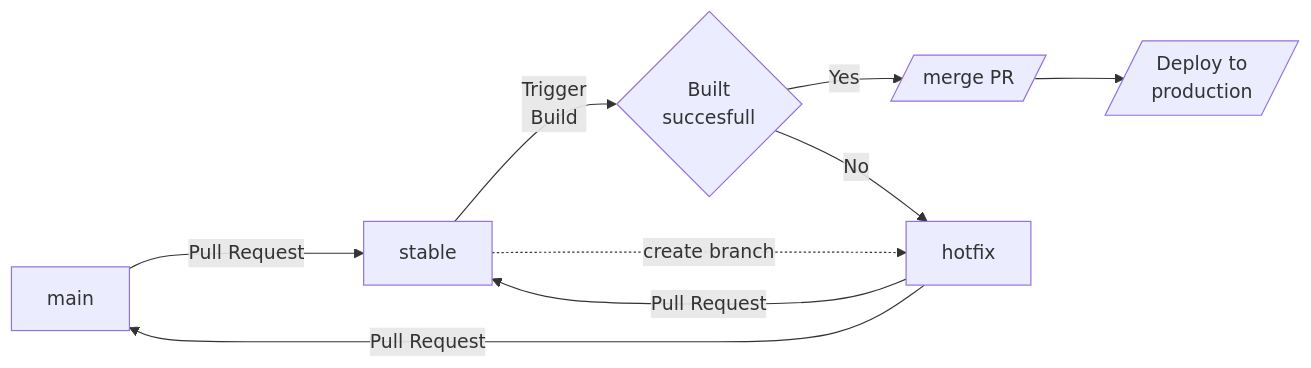
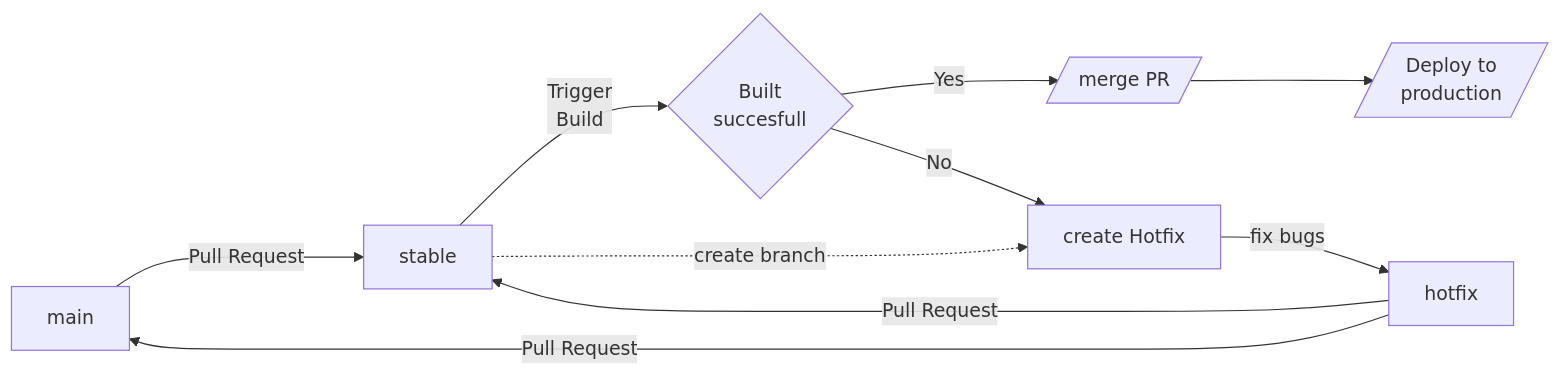
The third of 4 diagrams in docs/workflow/1-repository.md (mauwii/azure-pipelines-with-github-repo), drawn with Mermaid before and after one commit. The commit also changed other lines of this file and 2 other files, not shown here.

Commit message:
update vscode settings, mkdocs.yml, repository.md

````diff
--- a/docs/workflow/1-repository.md
+++ b/docs/workflow/1-repository.md
@@ -57,10 +57,11 @@
 ``` mermaid
 graph LR
   main -- Pull Request ---> stable;
   stable -- Trigger<br>Build --> validateBuild{Built<br>succesfull};
-  stable -. create branch .-> hotfix;
   validateBuild -- Yes --> completePr[/merge PR/];
+  validateBuild -- No --> createHotfix;
   completePr --> deployStable[/Deploy to<br>production/];
-  validateBuild -- No --> hotfix;
+  stable -. create branch .-> createHotfix[create Hotfix];
+  createHotfix -- fix bugs --> hotfix
   hotfix -- Pull Request--> main & stable;
 ```
````
